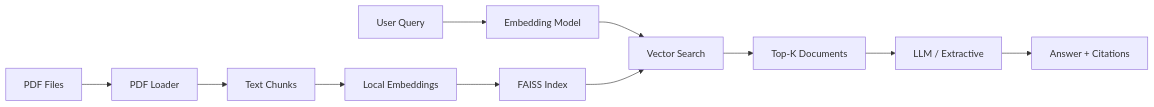
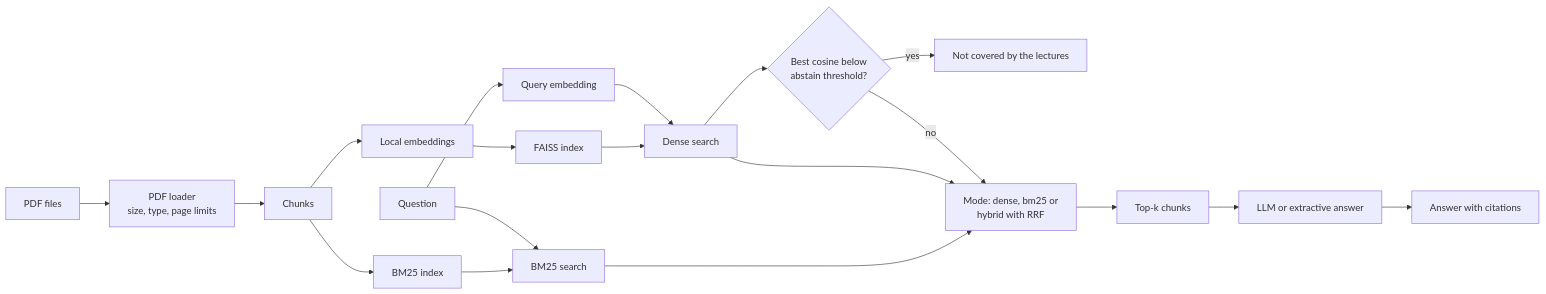
The diagram in README.md (arda6111/lecture-rag-assistant), drawn with Mermaid before and after one commit. The commit also changed other lines of this file, not shown here.

Commit message:
docs: refresh README for hybrid retrieval, abstention and eval results

````diff
--- a/README.md
+++ b/README.md
@@ -22,13 +24,21 @@
 ```mermaid
 graph LR
-    A[PDF Files] --> B[PDF Loader]
-    B --> C[Text Chunks]
-    C --> D[Local Embeddings]
-    D --> E[FAISS Index]
-    F[User Query] --> G[Embedding Model]
-    G --> H[Vector Search]
+    A[PDF files] --> B[PDF loader<br/>size, type, page limits]
+    B --> C[Chunks]
+    C --> D[Local embeddings]
+    D --> E[FAISS index]
+    C --> F[BM25 index]
+    Q[Question] --> G[Query embedding]
+    G --> H[Dense search]
     E --> H
-    H --> I[Top-K Documents]
-    I --> J[LLM / Extractive]
-    J --> K[Answer + Citations]
+    Q --> I[BM25 search]
+    F --> I
+    H --> J{Best cosine below<br/>abstain threshold?}
+    J -- yes --> K[Not covered by the lectures]
+    J -- no --> L[Mode: dense, bm25 or<br/>hybrid with RRF]
+    H --> L
+    I --> L
+    L --> M[Top-k chunks]
+    M --> N[LLM or extractive answer]
+    N --> O[Answer with citations]
 ```
````
